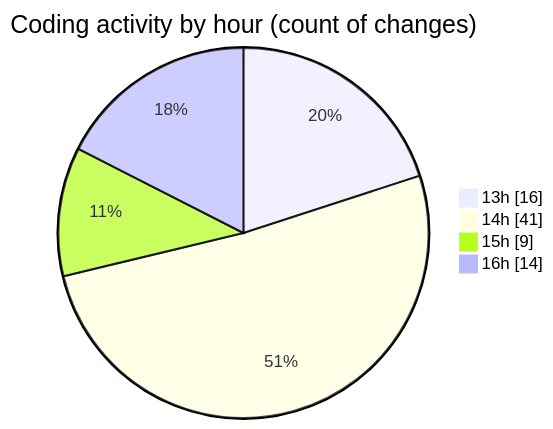
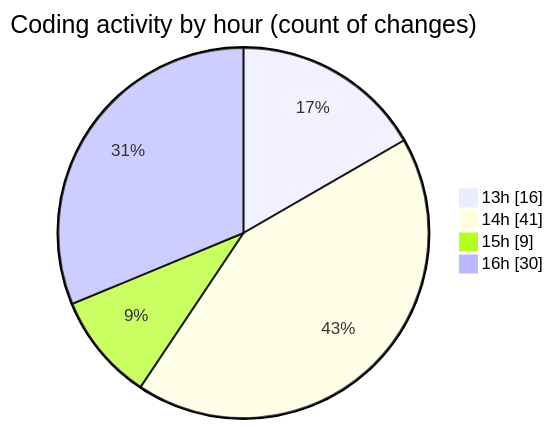
One commit to momahboobian/code-tracking changed the second of 2 diagrams in 2026-02-04/cda/README.md. Above: the diagram before and after it, drawn with Mermaid. The commit also changed other lines of this file and 1 other file, not shown here.

````diff
--- a/2026-02-04/cda/README.md
+++ b/2026-02-04/cda/README.md
@@ -38,8 +38,8 @@
 ```mermaid
 pie showData
 title Coding activity by hour (count of changes)
 "13h" : 16
 "14h" : 41
 "15h" : 9
-"16h" : 14
+"16h" : 30
 ```
````
